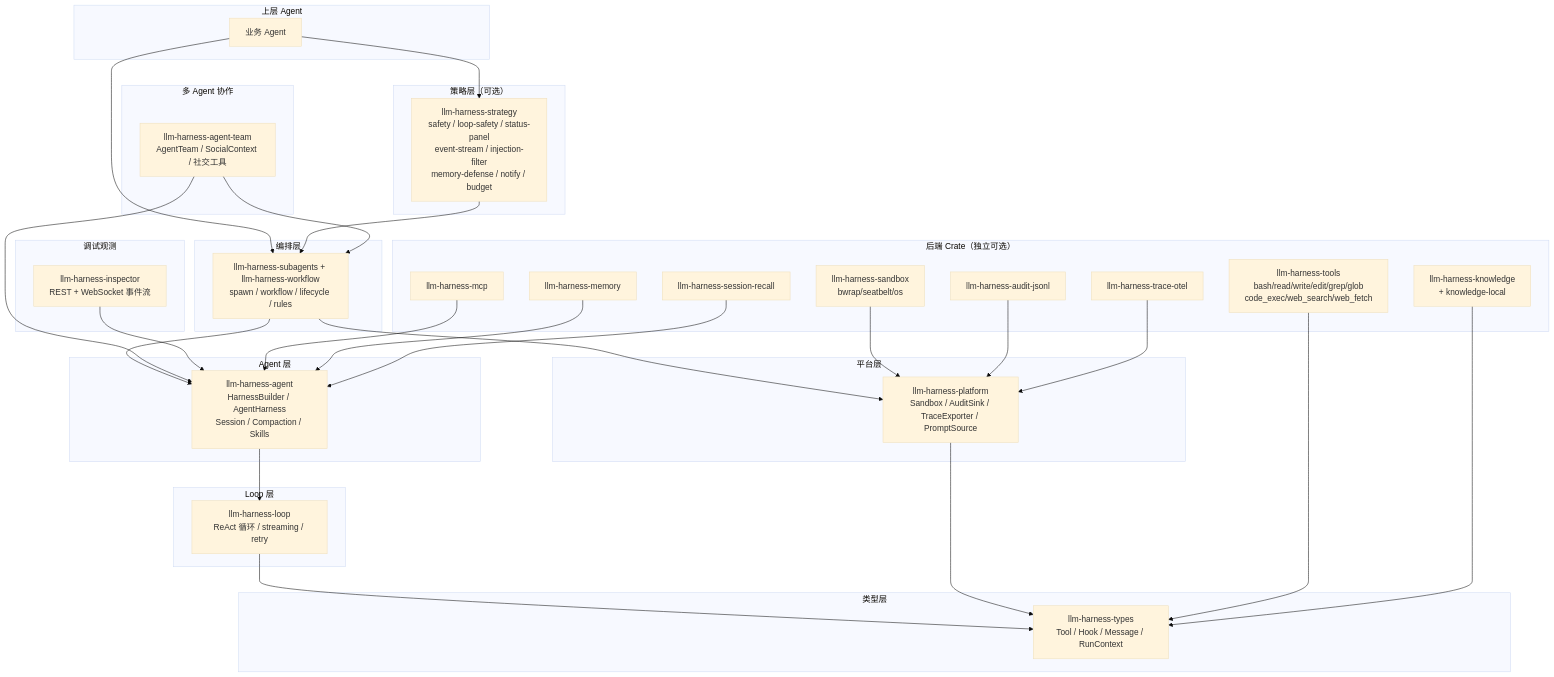
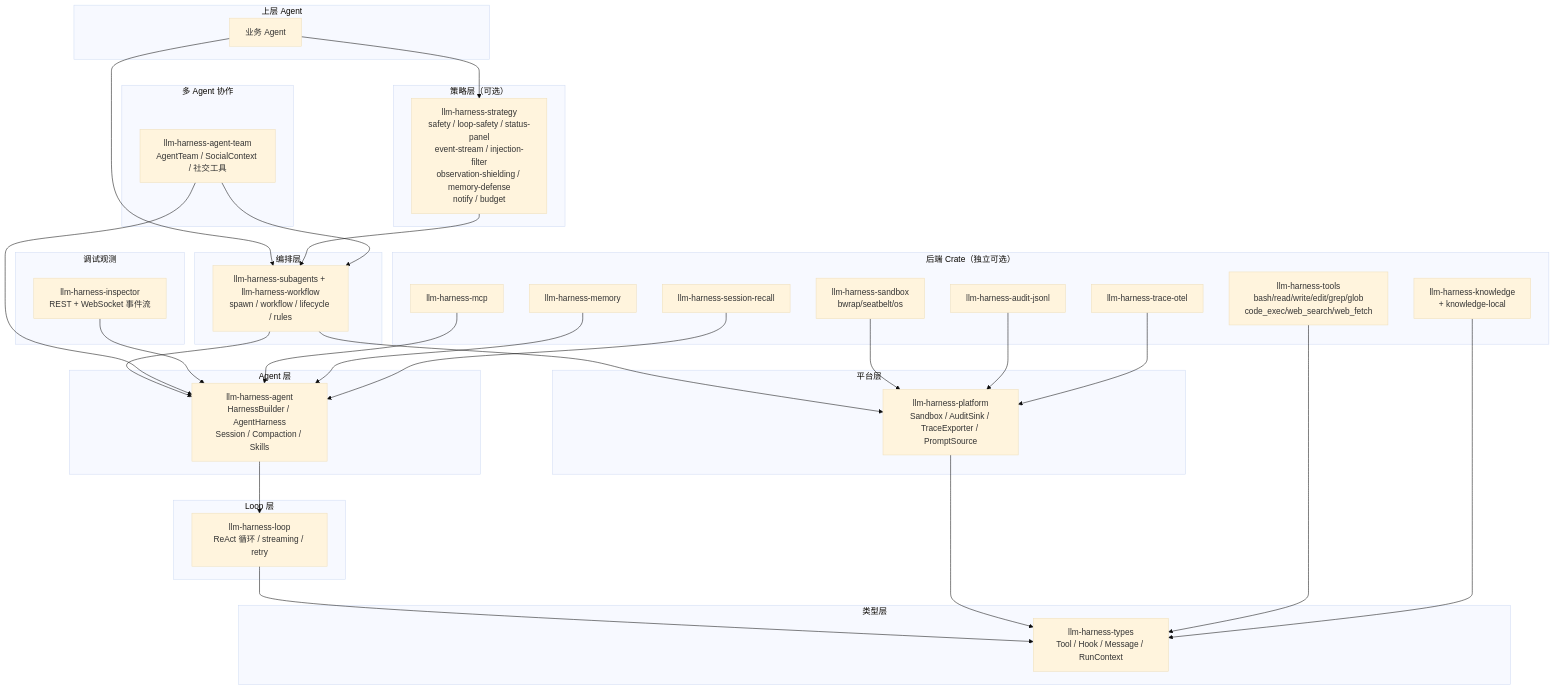
The diagram in README.md (oh-my-harness/llm-harness-runtime), drawn with Mermaid (base theme) before and after one commit. The commit also changed other lines of this file and 3 other files, not shown here.

Commit message:
feat(strategy): add observation shielding

````diff
--- a/README.md
+++ b/README.md
@@ -13,69 +13,69 @@
 ```mermaid
 graph TD
     subgraph "上层 Agent"
         SA[业务 Agent]
     end
 
     subgraph "策略层（可选）"
-        ST[llm-harness-strategy<br/>safety / loop-safety / status-panel<br/>event-stream / injection-filter<br/>memory-defense / notify / budget]
+        ST[llm-harness-strategy<br/>safety / loop-safety / status-panel<br/>event-stream / injection-filter<br/>observation-shielding / memory-defense<br/>notify / budget]
     end
 
     subgraph "编排层"
         RT[llm-harness-subagents + llm-harness-workflow<br/>spawn / workflow / lifecycle / rules]
     end
 
     subgraph "多 Agent 协作"
         TEAM[llm-harness-agent-team<br/>AgentTeam / SocialContext / 社交工具]
     end
 
     subgraph "调试观测"
         INSP[llm-harness-inspector<br/>REST + WebSocket 事件流]
     end
 
     subgraph "Agent 层"
         AG[llm-harness-agent<br/>HarnessBuilder / AgentHarness<br/>Session / Compaction / Skills]
     end
 
     subgraph "Loop 层"
         LP[llm-harness-loop<br/>ReAct 循环 / streaming / retry]
     end
 
     subgraph "类型层"
         TY[llm-harness-types<br/>Tool / Hook / Message / RunContext]
     end
 
     subgraph "平台层"
         PL[llm-harness-platform<br/>Sandbox / AuditSink / TraceExporter / PromptSource]
     end
 
     subgraph "后端 Crate（独立可选）"
         TOOLS[llm-harness-tools<br/>bash/read/write/edit/grep/glob<br/>code_exec/web_search/web_fetch]
         MCP[llm-harness-mcp]
         KN[llm-harness-knowledge<br/>+ knowledge-local]
         MEM[llm-harness-memory]
         SR[llm-harness-session-recall]
         SB[llm-harness-sandbox<br/>bwrap/seatbelt/os]
         AJ[llm-harness-audit-jsonl]
         TO[llm-harness-trace-otel]
     end
 
     SA --> ST
     SA --> RT
     ST --> RT
     RT --> AG
     RT --> PL
     AG --> LP
     LP --> TY
     PL --> TY
     TOOLS --> TY
     TEAM --> AG
     TEAM --> RT
     INSP --> AG
     MCP --> AG
     KN --> TY
     MEM --> AG
     SR --> AG
     SB --> PL
     AJ --> PL
     TO --> PL
 ```
````
